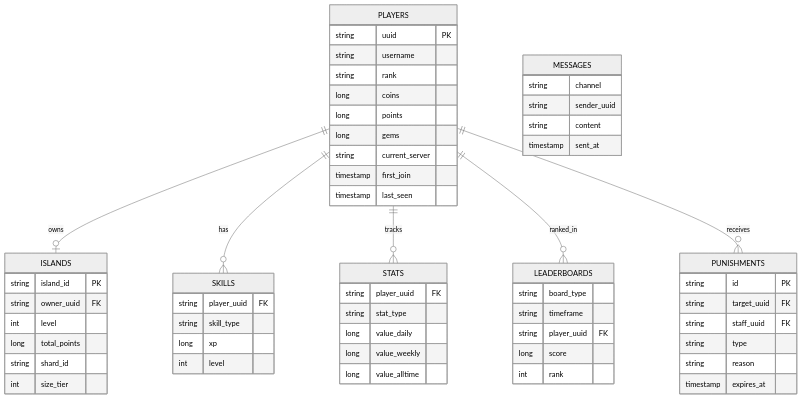
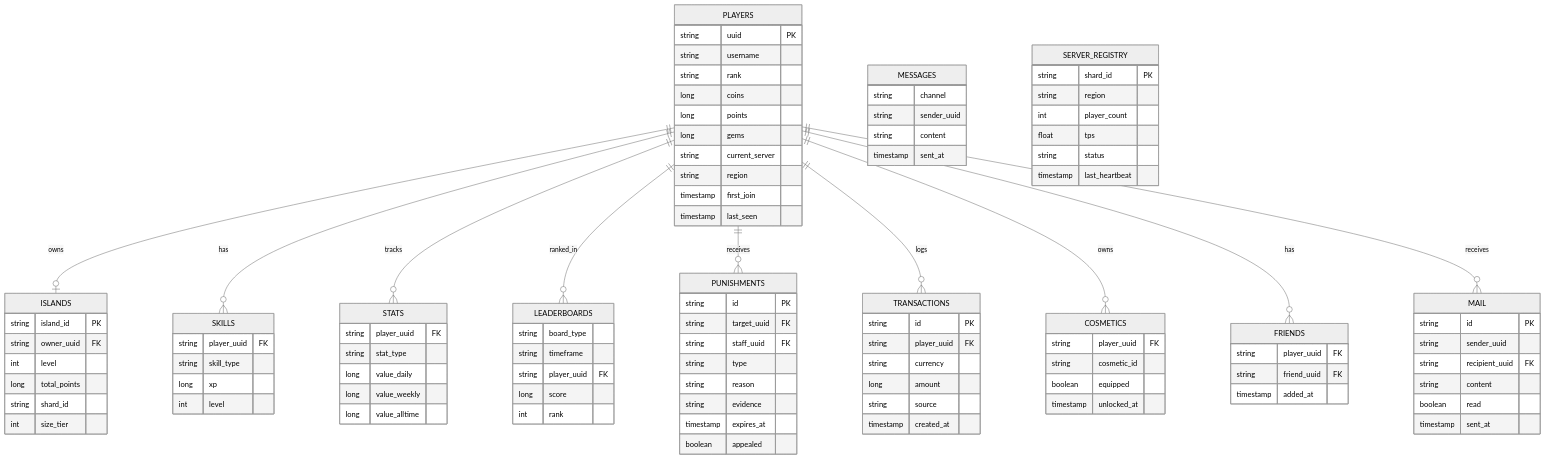
Before and after one commit to huncho416/Minecraft-with-friends: the second of 2 diagrams in PLAN.md, drawn with Mermaid (neutral theme). The commit also changed other lines of this file and 167 other files, not shown here.

Commit message:
Plan v2: Security, DevOps, Docker, 3 new suite modules, 2-person timeline

````diff
--- a/PLAN.md
+++ b/PLAN.md
@@ -522,6 +400,7 @@
         long points
         long gems
         string current_server
+        string region
         timestamp first_join
         timestamp last_seen
     }
@@ -565,7 +444,44 @@
         string staff_uuid FK
         string type
         string reason
+        string evidence
         timestamp expires_at
+        boolean appealed
+    }
+    TRANSACTIONS {
+        string id PK
+        string player_uuid FK
+        string currency
+        long amount
+        string source
+        timestamp created_at
+    }
+    COSMETICS {
+        string player_uuid FK
+        string cosmetic_id
+        boolean equipped
+        timestamp unlocked_at
+    }
+    FRIENDS {
+        string player_uuid FK
+        string friend_uuid FK
+        timestamp added_at
+    }
+    MAIL {
+        string id PK
+        string sender_uuid
+        string recipient_uuid FK
+        string content
+        boolean read
+        timestamp sent_at
+    }
+    SERVER_REGISTRY {
+        string shard_id PK
+        string region
+        int player_count
+        float tps
+        string status
+        timestamp last_heartbeat
     }
 
     PLAYERS ||--o| ISLANDS : owns
@@ -573,4 +489,8 @@
     PLAYERS ||--o{ STATS : tracks
     PLAYERS ||--o{ LEADERBOARDS : ranked_in
     PLAYERS ||--o{ PUNISHMENTS : receives
+    PLAYERS ||--o{ TRANSACTIONS : logs
+    PLAYERS ||--o{ COSMETICS : owns
+    PLAYERS ||--o{ FRIENDS : has
+    PLAYERS ||--o{ MAIL : receives
 ```
````
